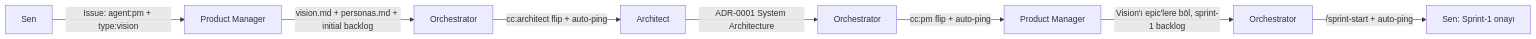
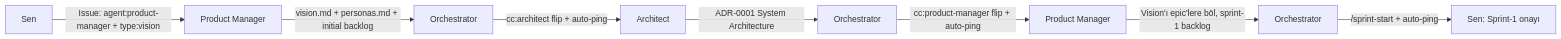
The first of 2 diagrams in TEMPLATE-README.md (atilproject/dev-studio-template), drawn with Mermaid before and after one commit. The commit also changed other lines of this file and 9 other files, not shown here.

````diff
--- a/TEMPLATE-README.md
+++ b/TEMPLATE-README.md
@@ -131,10 +131,10 @@
 ```mermaid
 flowchart LR
-    H[Sen] -->|Issue: agent:pm + type:vision| PM[Product Manager]
+    H[Sen] -->|Issue: agent:product-manager + type:vision| PM[Product Manager]
     PM -->|vision.md + personas.md + initial backlog| O1[Orchestrator]
     O1 -->|cc:architect flip + auto-ping| A[Architect]
     A -->|ADR-0001 System Architecture| O2[Orchestrator]
-    O2 -->|cc:pm flip + auto-ping| PM2[Product Manager]
+    O2 -->|cc:product-manager flip + auto-ping| PM2[Product Manager]
     PM2 -->|Vision'ı epic'lere böl, sprint-1 backlog| O3[Orchestrator]
     O3 -->|/sprint-start + auto-ping| H2[Sen: Sprint-1 onayı]
 ```
````
